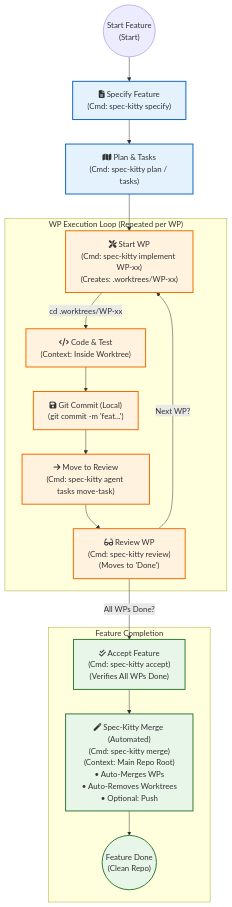
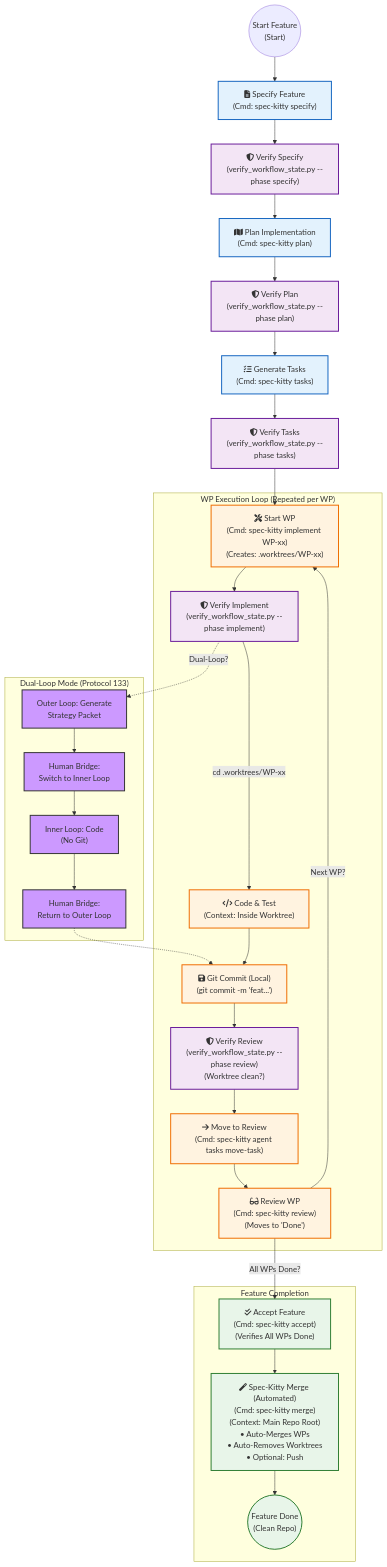
One commit to richfrem/Project_Sanctuary changed the diagram in tools/bridge/standard-spec-kitty-workflow.mmd. Above: the diagram before and after it, drawn with Mermaid. The commit also changed 50 other files, not shown here.

First line of the commit message:
Feat/004 verify workflow test (#189)

```diff
--- a/tools/bridge/standard-spec-kitty-workflow.mmd
+++ b/tools/bridge/standard-spec-kitty-workflow.mmd
@@ -1,49 +1,76 @@
 graph TD
     %% Nodes - Feature Level (Start)
     Start(("Start Feature<br>(Start)"))
     Specify["fa:fa-file-alt Specify Feature<br>(Cmd: spec-kitty specify)"]
-    Plan["fa:fa-map Plan & Tasks<br>(Cmd: spec-kitty plan / tasks)"]
-    
+    VerifySpec["fa:fa-shield-alt Verify Specify<br>(verify_workflow_state.py --phase specify)"]
+    Plan["fa:fa-map Plan Implementation<br>(Cmd: spec-kitty plan)"]
+    VerifyPlan["fa:fa-shield-alt Verify Plan<br>(verify_workflow_state.py --phase plan)"]
+    Tasks["fa:fa-tasks Generate Tasks<br>(Cmd: spec-kitty tasks)"]
+    VerifyTasks["fa:fa-shield-alt Verify Tasks<br>(verify_workflow_state.py --phase tasks)"]
+
     %% Nodes - WP Level (Loop)
     subgraph WP_Loop["WP Execution Loop (Repeated per WP)"]
         Implement["fa:fa-tools Start WP<br>(Cmd: spec-kitty implement WP-xx)<br>(Creates: .worktrees/WP-xx)"]
+        VerifyImpl["fa:fa-shield-alt Verify Implement<br>(verify_workflow_state.py --phase implement)"]
         Code["fa:fa-code Code & Test<br>(Context: Inside Worktree)"]
         Commit["fa:fa-save Git Commit (Local)<br>(git commit -m 'feat...')"]
+        VerifyReview["fa:fa-shield-alt Verify Review<br>(verify_workflow_state.py --phase review)<br>(Worktree clean?)"]
         MoveReview["fa:fa-arrow-right Move to Review<br>(Cmd: spec-kitty agent tasks move-task)"]
         Review["fa:fa-glasses Review WP<br>(Cmd: spec-kitty review)<br>(Moves to 'Done')"]
     end
 
     %% Nodes - Feature Level (End)
     subgraph Completion["Feature Completion"]
         Accept["fa:fa-check-double Accept Feature<br>(Cmd: spec-kitty accept)<br>(Verifies All WPs Done)"]
         Merge["fa:fa-magic Spec-Kitty Merge (Automated)<br>(Cmd: spec-kitty merge)<br>(Context: Main Repo Root)<br>• Auto-Merges WPs<br>• Auto-Removes Worktrees<br>• Optional: Push"]
         End(("Feature Done<br>(Clean Repo)"))
     end
 
-    %% Flow
+    %% Dual-Loop Mode (Optional)
+    subgraph DualLoop["Dual-Loop Mode (Protocol 133)"]
+        DL_Packet["Outer Loop: Generate<br>Strategy Packet"]
+        DL_Handoff["Human Bridge:<br>Switch to Inner Loop"]
+        DL_Execute["Inner Loop: Code<br>(No Git)"]
+        DL_Return["Human Bridge:<br>Return to Outer Loop"]
+        DL_Packet --> DL_Handoff --> DL_Execute --> DL_Return
+    end
+
+    %% Flow - Planning Phase
     Start --> Specify
-    Specify --> Plan
-    Plan --> Implement
-    
+    Specify --> VerifySpec
+    VerifySpec --> Plan
+    Plan --> VerifyPlan
+    VerifyPlan --> Tasks
+    Tasks --> VerifyTasks
+    VerifyTasks --> Implement
+
     %% Loop Logic
-    Implement -->|cd .worktrees/WP-xx| Code
+    Implement --> VerifyImpl
+    VerifyImpl -->|cd .worktrees/WP-xx| Code
+    VerifyImpl -.->|Dual-Loop?| DL_Packet
+    DL_Return -.-> Commit
     Code --> Commit
-    Commit --> MoveReview
+    Commit --> VerifyReview
+    VerifyReview --> MoveReview
     MoveReview --> Review
-    
+
     %% Iterate or Finish
     Review -->|Next WP?| Implement
     Review -->|All WPs Done?| Accept
-    
+
     %% Finalization
     Accept --> Merge
     Merge --> End
 
     %% Styles
     classDef feature fill:#e3f2fd,stroke:#1565c0,stroke-width:2px;
     classDef wp fill:#fff3e0,stroke:#ef6c00,stroke-width:2px;
     classDef done fill:#e8f5e9,stroke:#2e7d32,stroke-width:2px;
+    classDef verify fill:#f3e5f5,stroke:#6a1b9a,stroke-width:2px;
+    classDef dualloop fill:#cc99ff,stroke:#333,stroke-width:2px;
 
-    class Specify,Plan feature;
+    class Specify,Plan,Tasks feature;
     class Implement,Code,Commit,MoveReview,Review wp;
     class Accept,Merge,End done;
+    class VerifySpec,VerifyPlan,VerifyTasks,VerifyImpl,VerifyReview verify;
+    class DL_Packet,DL_Handoff,DL_Execute,DL_Return dualloop;
```
